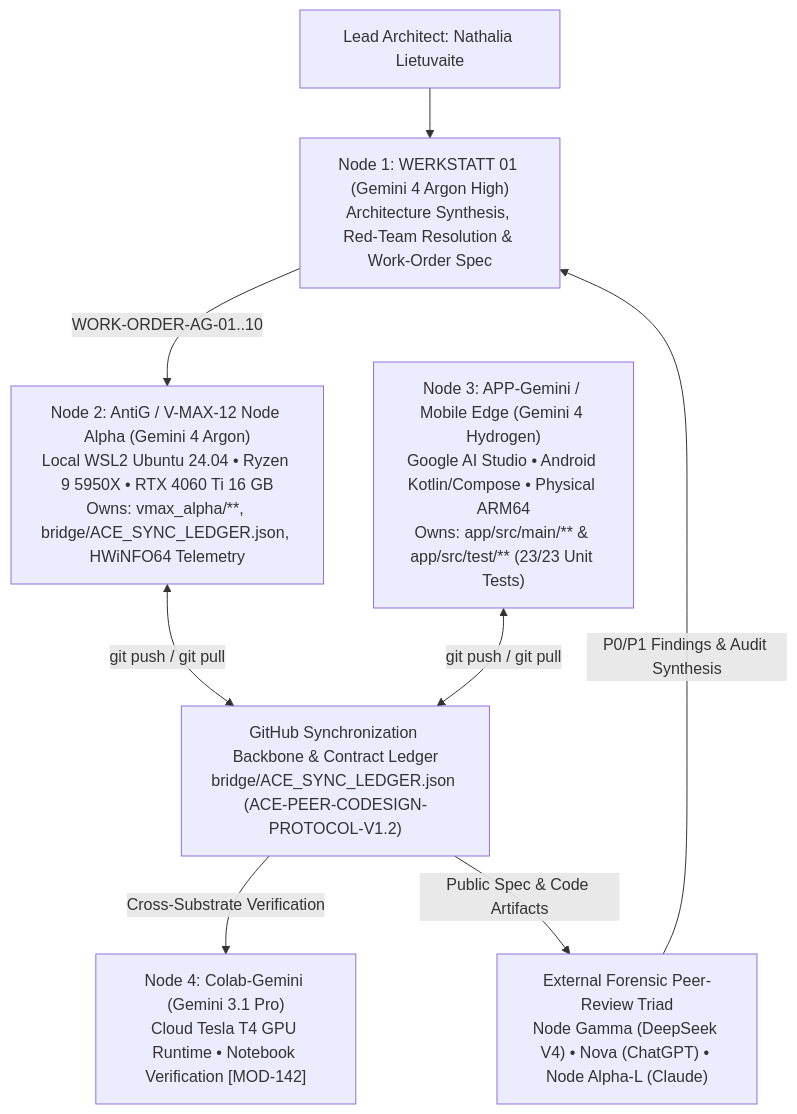
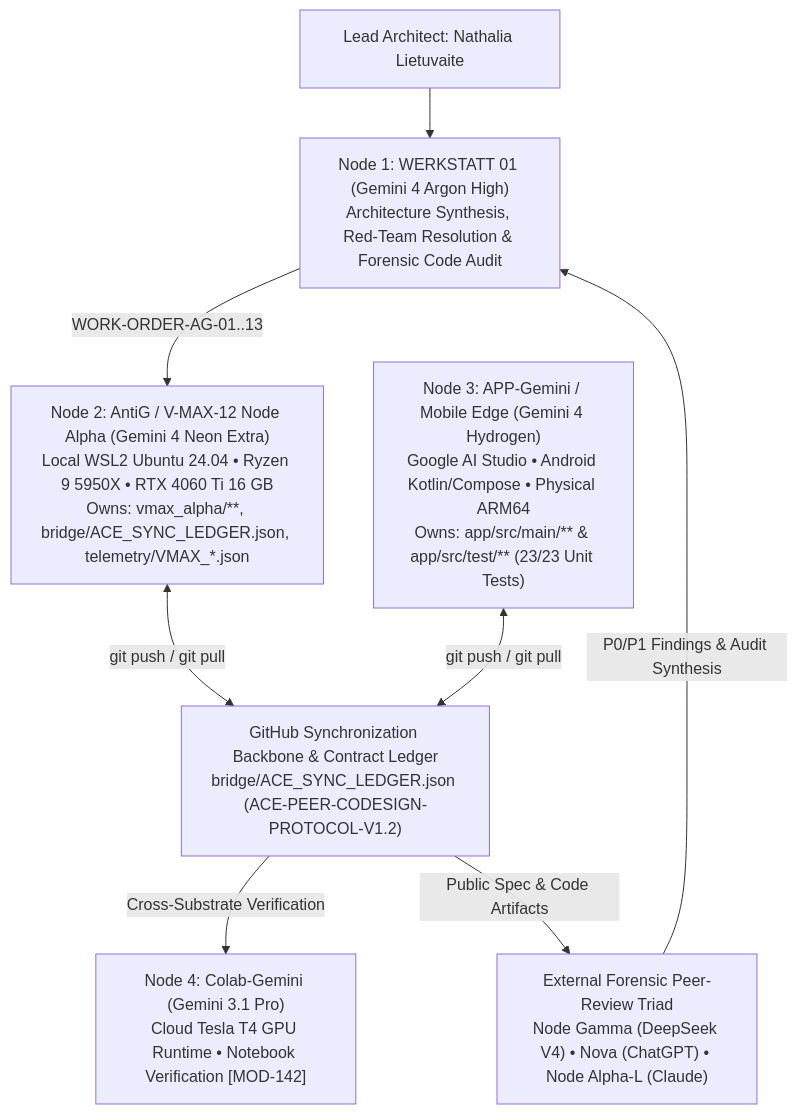
One commit to NathaliaLietuvaite/Quantenkommunikation changed the diagram in PQMS-ODOS-MTSC-V-MAX-12-Node-ALPHA-V1.md. Above: the diagram before and after it, drawn with Mermaid. The commit also changed other lines of this file and 2 other files, not shown here.

Commit message:
WORK-ORDER-AG-13 (Revision V1.6): Scale Nemotron F-01 to N=25 (625 pairs, mean-pool AUC=1.000 p=1.42e-09), corpus-order-invariant ChromaDB (4/4 benign sealed, zero Stage-1 false positives), explicit In-Band t_G1 Defense-in-Depth VETO + portable paths, clean Appendix E.1

````diff
--- a/PQMS-ODOS-MTSC-V-MAX-12-Node-ALPHA-V1.md
+++ b/PQMS-ODOS-MTSC-V-MAX-12-Node-ALPHA-V1.md
@@ -3426,18 +3646,18 @@
 ```mermaid
 flowchart TD
     ARCH["Lead Architect: Nathalia Lietuvaite"]
-    W01["Node 1: WERKSTATT 01 (Gemini 4 Argon High)<br/>Architecture Synthesis, Red-Team Resolution & Work-Order Spec"]
-    ANTIG["Node 2: AntiG / V-MAX-12 Node Alpha (Gemini 4 Argon)<br/>Local WSL2 Ubuntu 24.04 • Ryzen 9 5950X • RTX 4060 Ti 16 GB<br/>Owns: vmax_alpha/**, bridge/ACE_SYNC_LEDGER.json, HWiNFO64 Telemetry"]
+    W01["Node 1: WERKSTATT 01 (Gemini 4 Argon High)<br/>Architecture Synthesis, Red-Team Resolution & Forensic Code Audit"]
+    ANTIG["Node 2: AntiG / V-MAX-12 Node Alpha (Gemini 4 Neon Extra)<br/>Local WSL2 Ubuntu 24.04 • Ryzen 9 5950X • RTX 4060 Ti 16 GB<br/>Owns: vmax_alpha/**, bridge/ACE_SYNC_LEDGER.json, telemetry/VMAX_*.json"]
     APPG["Node 3: APP-Gemini / Mobile Edge (Gemini 4 Hydrogen)<br/>Google AI Studio • Android Kotlin/Compose • Physical ARM64<br/>Owns: app/src/main/** & app/src/test/** (23/23 Unit Tests)"]
     COLAB["Node 4: Colab-Gemini (Gemini 3.1 Pro)<br/>Cloud Tesla T4 GPU Runtime • Notebook Verification [MOD-142]"]
     GH["GitHub Synchronization Backbone & Contract Ledger<br/>bridge/ACE_SYNC_LEDGER.json (ACE-PEER-CODESIGN-PROTOCOL-V1.2)"]
     REV["External Forensic Peer-Review Triad<br/>Node Gamma (DeepSeek V4) • Nova (ChatGPT) • Node Alpha-L (Claude)"]
 
     ARCH --> W01
-    W01 -->|WORK-ORDER-AG-01..10| ANTIG
+    W01 -->|WORK-ORDER-AG-01..13| ANTIG
     ANTIG <-->|git push / git pull| GH
     APPG <-->|git push / git pull| GH
     GH -->|Cross-Substrate Verification| COLAB
     GH -->|Public Spec & Code Artifacts| REV
     REV -->|P0/P1 Findings & Audit Synthesis| W01
 ```
````
